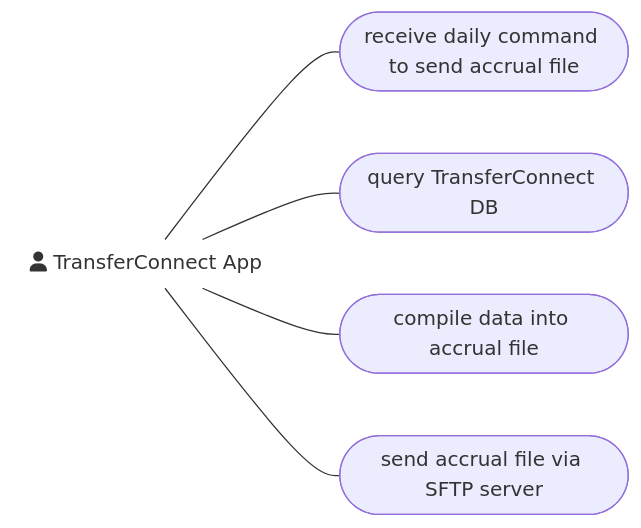
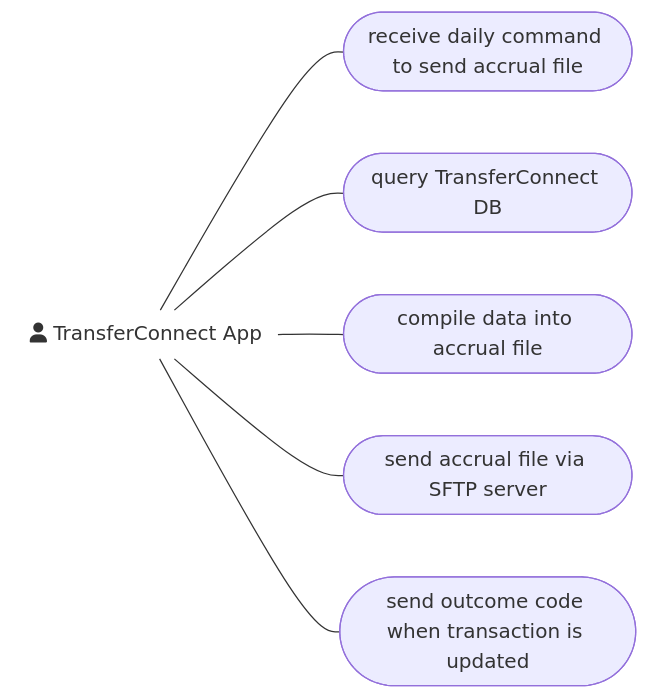
The first of 6 diagrams in UML Class Diagrams/useCaseDiagrams.md (Sean2309/50.003_ESC_Project), drawn with Mermaid before and after one commit.

Commit message:
update: added webhook function

````diff
--- a/UML Class Diagrams/useCaseDiagrams.md
+++ b/UML Class Diagrams/useCaseDiagrams.md
@@ -2,12 +2,13 @@
 ```mermaid
 graph LR
         style TF fill-opacity:0, stroke-opacity:0;
         direction LR  %%
         
         TF([fa:fa-user TransferConnect App]) --- B([receive daily command to send accrual file])
         TF([fa:fa-user TransferConnect App]) --- C([query TransferConnect DB])
         TF([fa:fa-user TransferConnect App]) --- D([compile data into accrual file])
         TF([fa:fa-user TransferConnect App]) --- E([send accrual file via SFTP server])
+        TF([fa:fa-user TransferConnect App]) --- F([send outcome code when transaction is updated])
 
 
 ```
````
